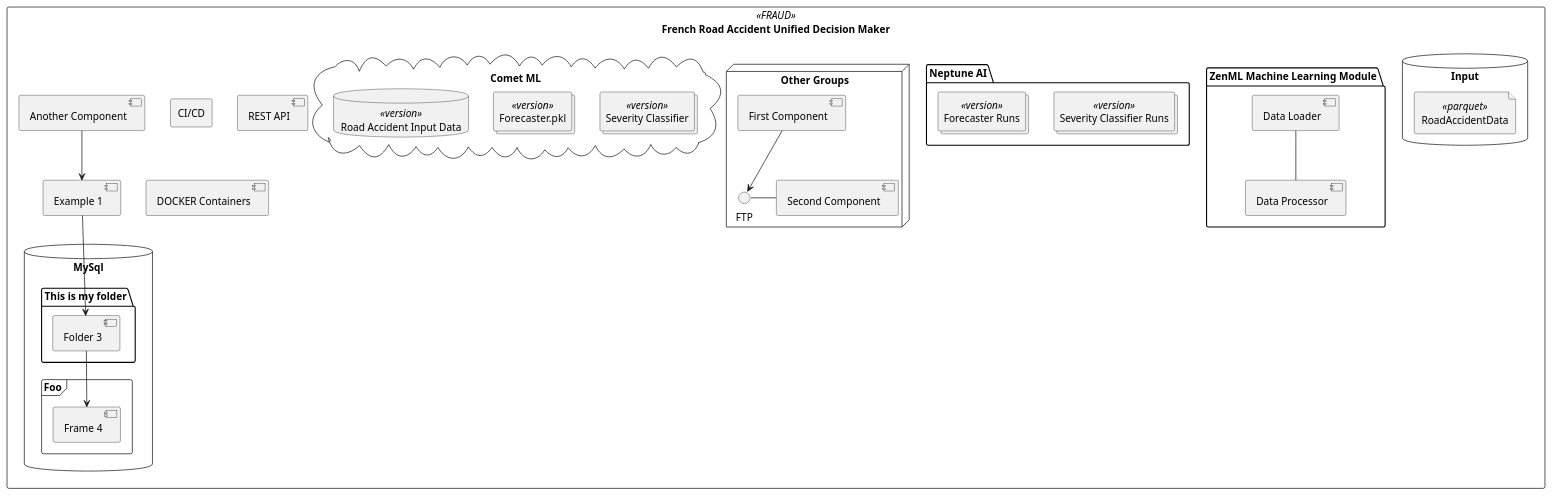
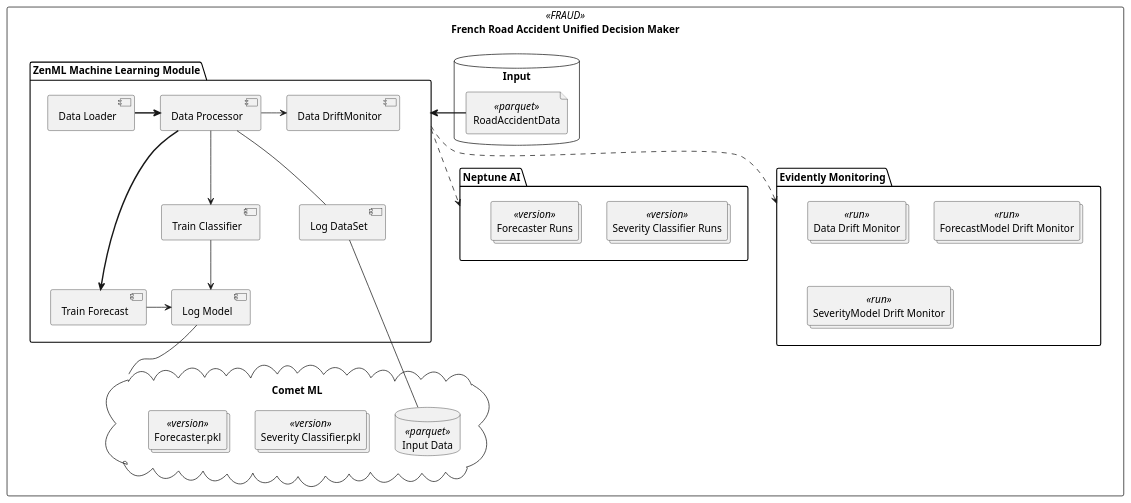
The diagram in architecture/RoadAccidentArchitecture.puml (fdevi3-mle/french-road-accidents), drawn with PlantUML before and after one commit.

```diff
--- a/architecture/RoadAccidentArchitecture.puml
+++ b/architecture/RoadAccidentArchitecture.puml
@@ -1,58 +1,49 @@
 @startuml
 'https://plantuml.com/component-diagram
 
 skinparam rectangle {
     roundCorner<<"">> 25
 }
 
-
-
 rectangle "French Road Accident Unified Decision Maker" <<FRAUD>>{
 database "Input" {
 file RoadAccidentData <<parquet>>
 }
-
 package "ZenML Machine Learning Module" {
-[Data Loader] -- [Data Processor]
+[Data Loader] => [Data Processor]
+[Data Processor] => [Train Forecast]
+[Data Processor] -> [Data DriftMonitor]
+[Data Processor] --> [Train Classifier]
+[Data Processor] -- [Log DataSet]
+[Train Forecast] -> [Log Model]
+[Train Classifier] --> [Log Model]
 }
-
-rectangle "CI/CD"
-component "REST API"
-component "DOCKER Containers"
-
 
 package "Neptune AI"{
 Collections "Severity Classifier Runs" <<version>>
 Collections "Forecaster Runs" <<version>>
 }
-
-
-
-node "Other Groups" {
-  FTP - [Second Component]
-  [First Component] --> FTP
+package "Evidently Monitoring"{
+Collections "Data Drift Monitor" <<run>>
+Collections "ForecastModel Drift Monitor" <<run>>
+Collections "SeverityModel Drift Monitor" <<run>>
 }
 
 cloud "Comet ML"{
-database "Road Accident Input Data"<<version>>{
+database "Input Data"<<parquet>>{
 }
-Collections "Severity Classifier" <<version>>
+Collections "Severity Classifier.pkl" <<version>>
 Collections "Forecaster.pkl" <<version>>
 }
 
 
-database "MySql" {
-  folder "This is my folder" {
-    [Folder 3]
-  }
-  frame "Foo" {
-    [Frame 4]
-  }
-}
+'Connections
+"RoadAccidentData" => "ZenML Machine Learning Module"
+"Log Model" -- "Comet ML"
+"Log DataSet" - "Input Data"
+"ZenML Machine Learning Module" ..> "Neptune AI"
+"ZenML Machine Learning Module" ..> "Evidently Monitoring"
 
 
-[Another Component] --> [Example 1]
-[Example 1] --> [Folder 3]
-[Folder 3] --> [Frame 4]
-}
+
 @enduml
```
